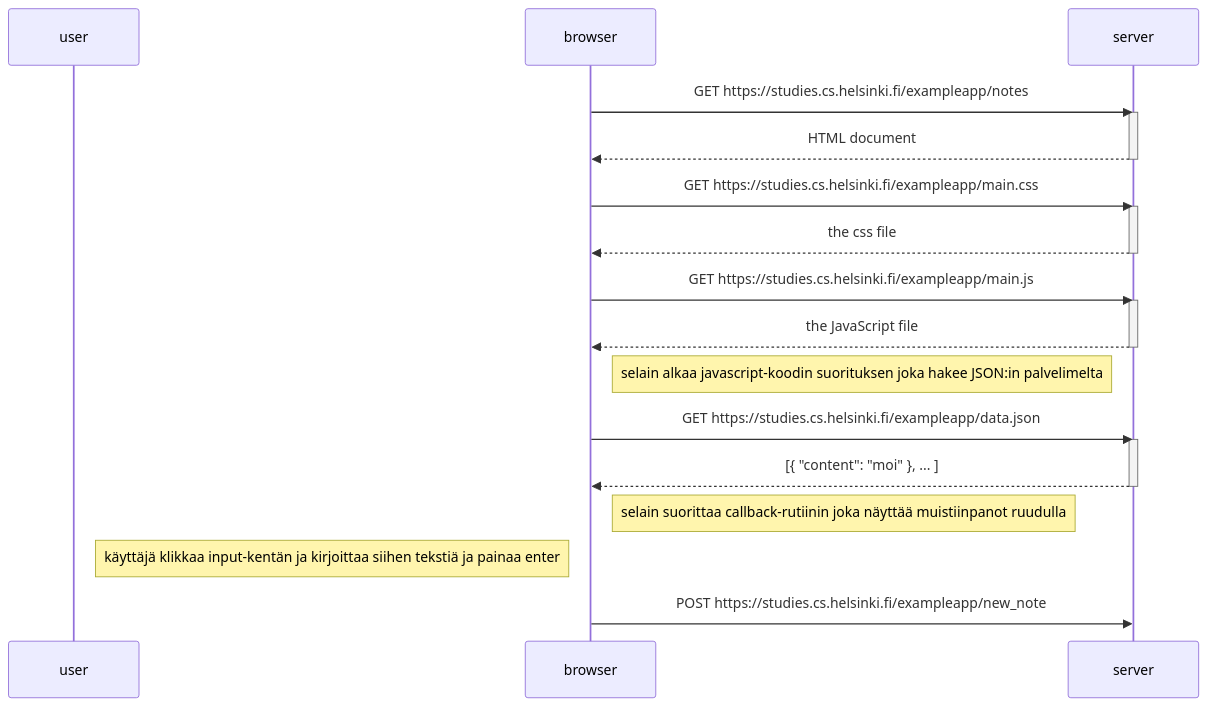
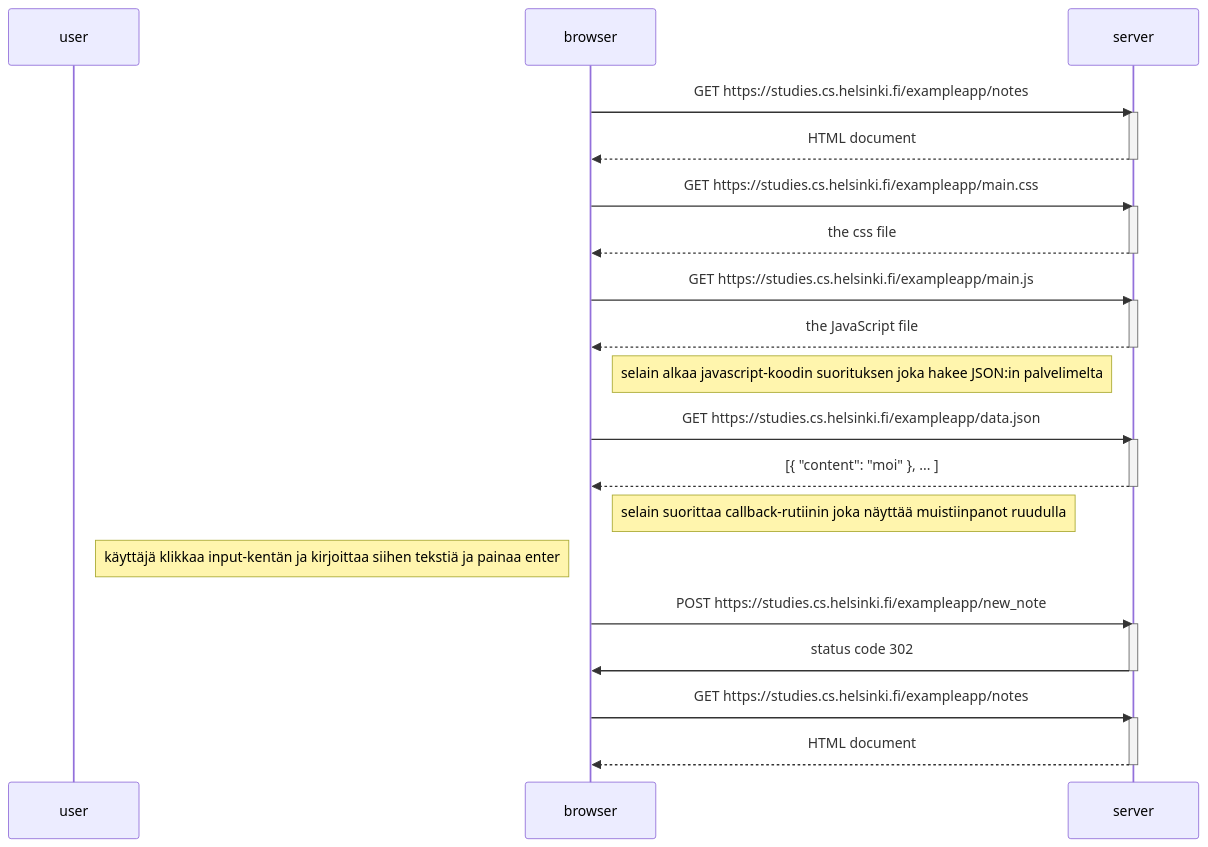
The diagram in mermaid-test6.md (moocjsi/mooc-harj03), drawn with Mermaid before and after one commit.

````diff
--- a/mermaid-test6.md
+++ b/mermaid-test6.md
@@ -1,36 +1,43 @@
 ```mermaid
 sequenceDiagram
     participant user
     participant browser
     participant server
     
     browser->>server: GET https://studies.cs.helsinki.fi/exampleapp/notes
     activate server
     server-->>browser: HTML document
     deactivate server
 
     browser->>server: GET https://studies.cs.helsinki.fi/exampleapp/main.css
     activate server
     server-->>browser: the css file
     deactivate server
 
     browser->>server: GET https://studies.cs.helsinki.fi/exampleapp/main.js
     activate server
     server-->>browser: the JavaScript file
     deactivate server
 
     Note right of browser: selain alkaa  javascript-koodin suorituksen joka hakee JSON:in palvelimelta
 
     browser->>server: GET https://studies.cs.helsinki.fi/exampleapp/data.json
     activate server
     server-->>browser: [{ "content": "moi" }, ... ]
     deactivate server
 
     Note right of browser: selain suorittaa callback-rutiinin joka näyttää muistiinpanot ruudulla
 
     Note right of user: käyttäjä klikkaa input-kentän ja kirjoittaa siihen tekstiä ja painaa enter
 
     browser->>server: POST https://studies.cs.helsinki.fi/exampleapp/new_note
+    activate server
+    server->>browser: status code 302
+    deactivate server
 
+    browser->>server: GET https://studies.cs.helsinki.fi/exampleapp/notes
+    activate server
+    server-->>browser: HTML document
+    deactivate server
 
 ```
````
